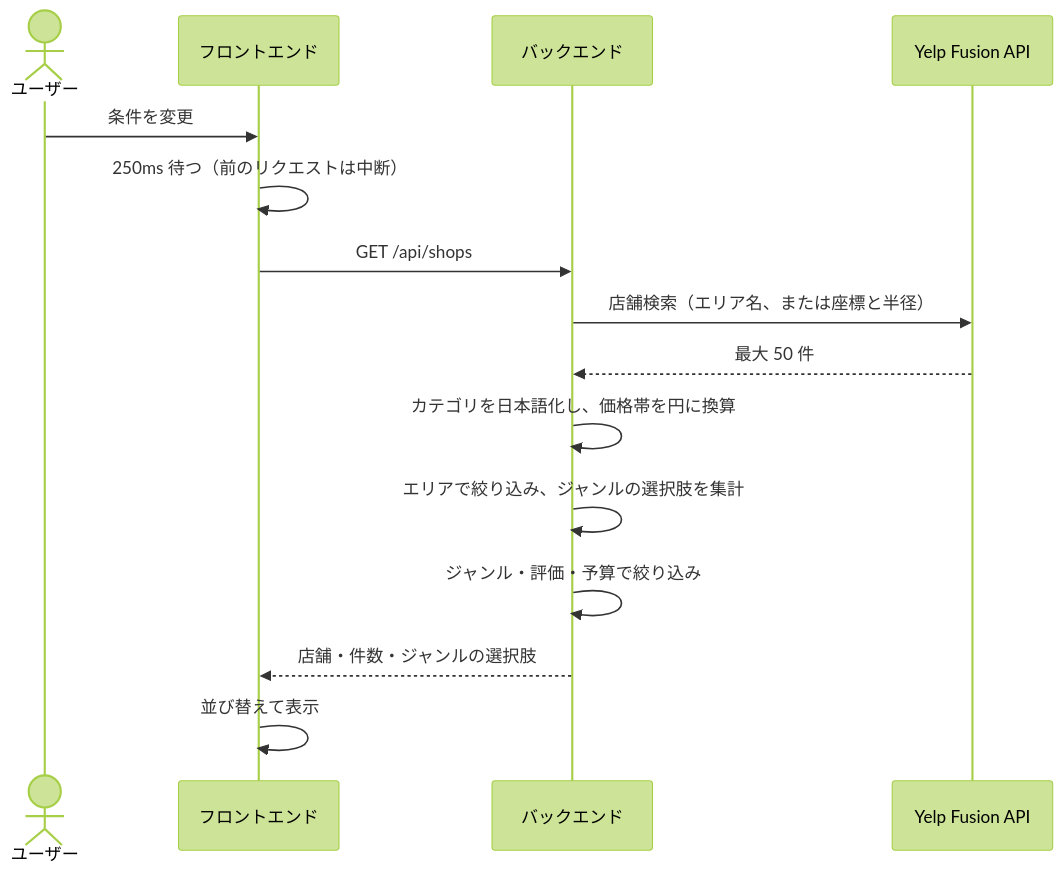
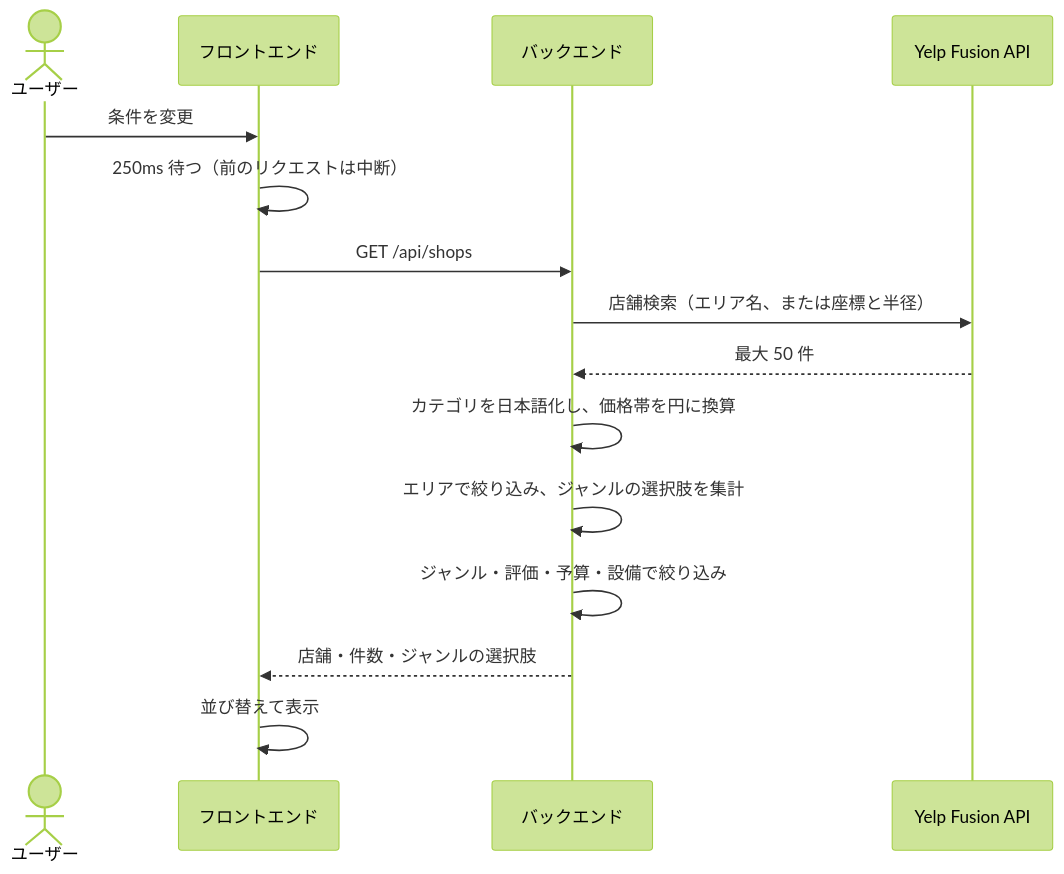
One commit to yokotaka9160/Find-Restaurant-App changed the fifth of 8 diagrams in docs/design.md. Above: the diagram before and after it, drawn with Mermaid (forest theme). The commit also changed other lines of this file and 16 other files, not shown here.

````diff
--- a/docs/design.md
+++ b/docs/design.md
@@ -245,18 +284,18 @@
 ```mermaid
 sequenceDiagram
   actor User as ユーザー
   participant FE as フロントエンド
   participant BE as バックエンド
   participant Yelp as Yelp Fusion API
 
   User->>FE: 条件を変更
   FE->>FE: 250ms 待つ（前のリクエストは中断）
   FE->>BE: GET /api/shops
   BE->>Yelp: 店舗検索（エリア名、または座標と半径）
   Yelp-->>BE: 最大 50 件
   BE->>BE: カテゴリを日本語化し、価格帯を円に換算
   BE->>BE: エリアで絞り込み、ジャンルの選択肢を集計
-  BE->>BE: ジャンル・評価・予算で絞り込み
+  BE->>BE: ジャンル・評価・予算・設備で絞り込み
   BE-->>FE: 店舗・件数・ジャンルの選択肢
   FE->>FE: 並び替えて表示
 ```
````
